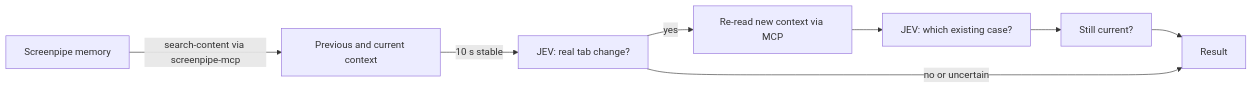
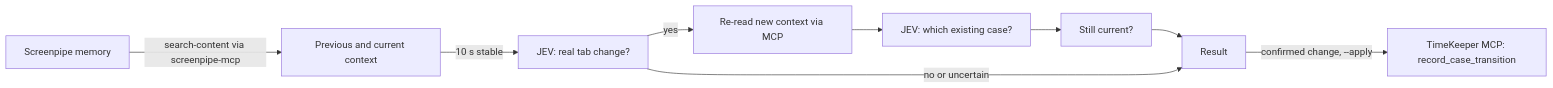
One commit to Rajavik-git/TimeKeeper changed the diagram in integrations/screenpipe/jev-check/README.md. Above: the diagram before and after it, drawn with Mermaid. The commit also changed other lines of this file and 28 other files, not shown here.

````diff
--- a/integrations/screenpipe/jev-check/README.md
+++ b/integrations/screenpipe/jev-check/README.md
@@ -5,10 +5,11 @@
 ```mermaid
 flowchart LR
   SP[Screenpipe memory] -->|search-content via screenpipe-mcp| CTX[Previous and current context]
   CTX -->|10 s stable| Q1[JEV: real tab change?]
   Q1 -->|yes| RE[Re-read new context via MCP]
   RE --> Q2[JEV: which existing case?]
   Q2 --> FR[Still current?]
   FR --> OUT[Result]
   Q1 -->|no or uncertain| OUT
+  OUT -->|confirmed change, --apply| TK[TimeKeeper MCP: record_case_transition]
 ```
````
